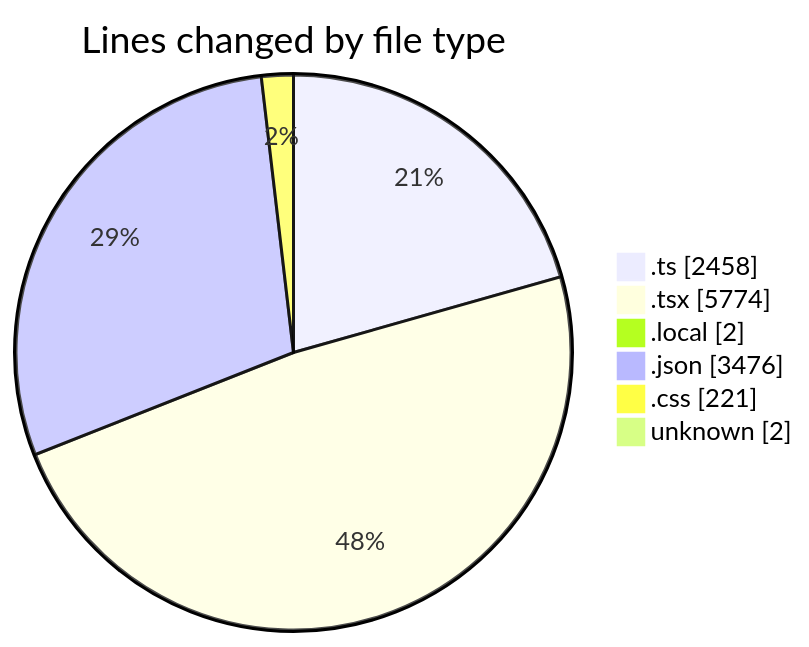
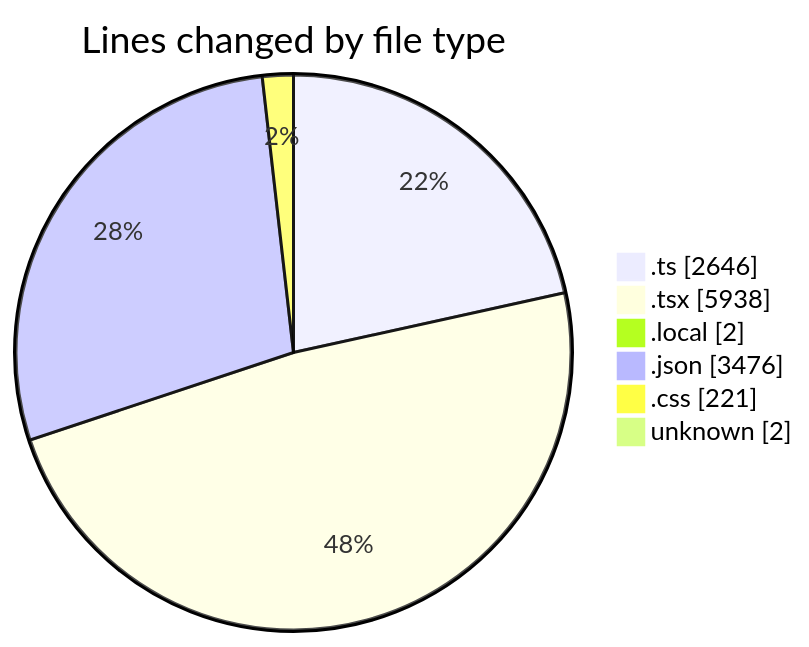
The first of 2 diagrams in 2025-10-28/eventscop-frontend-guide__workspace_/README.md (julien-gomy/code-tracking), drawn with Mermaid before and after one commit. The commit also changed other lines of this file and 1 other file, not shown here.

````diff
--- a/2025-10-28/eventscop-frontend-guide__workspace_/README.md
+++ b/2025-10-28/eventscop-frontend-guide__workspace_/README.md
@@ -63,10 +65,10 @@
 ```mermaid
 pie showData
 title Lines changed by file type
-".ts" : 2458
-".tsx" : 5774
+".ts" : 2646
+".tsx" : 5938
 ".local" : 2
 ".json" : 3476
 ".css" : 221
 "unknown" : 2
 ```
````
